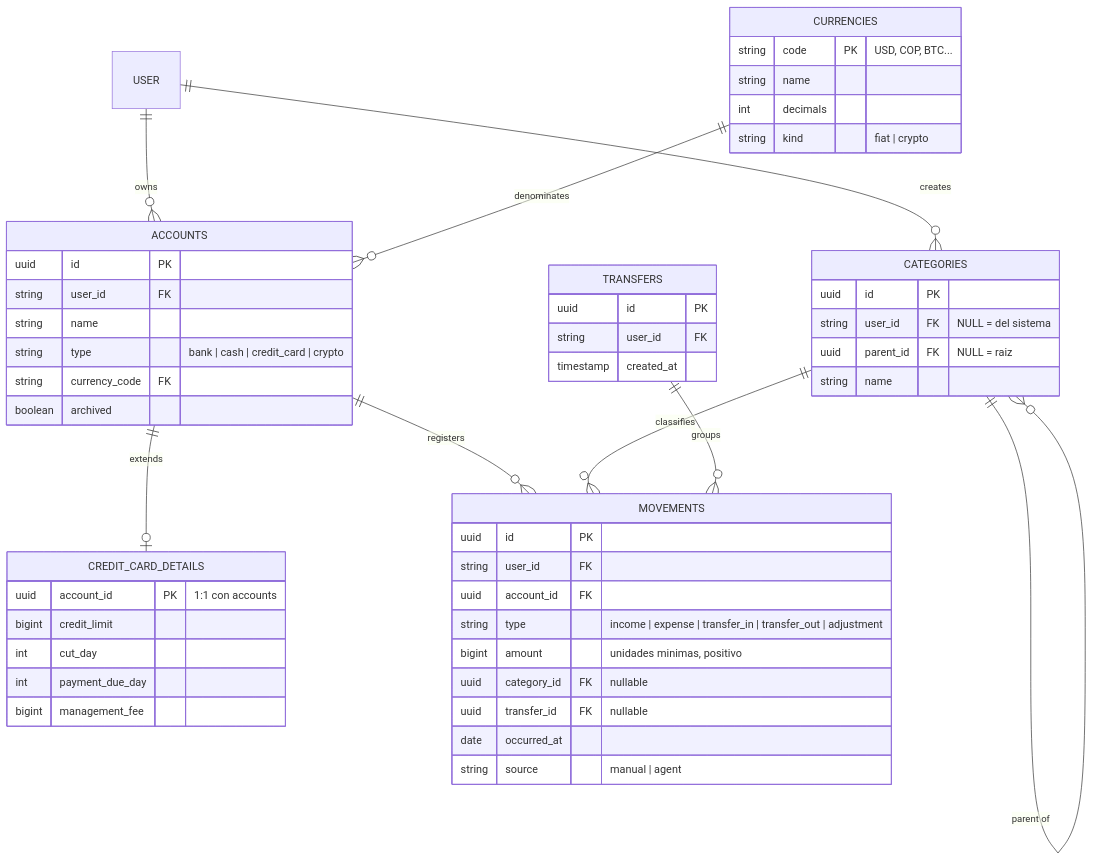
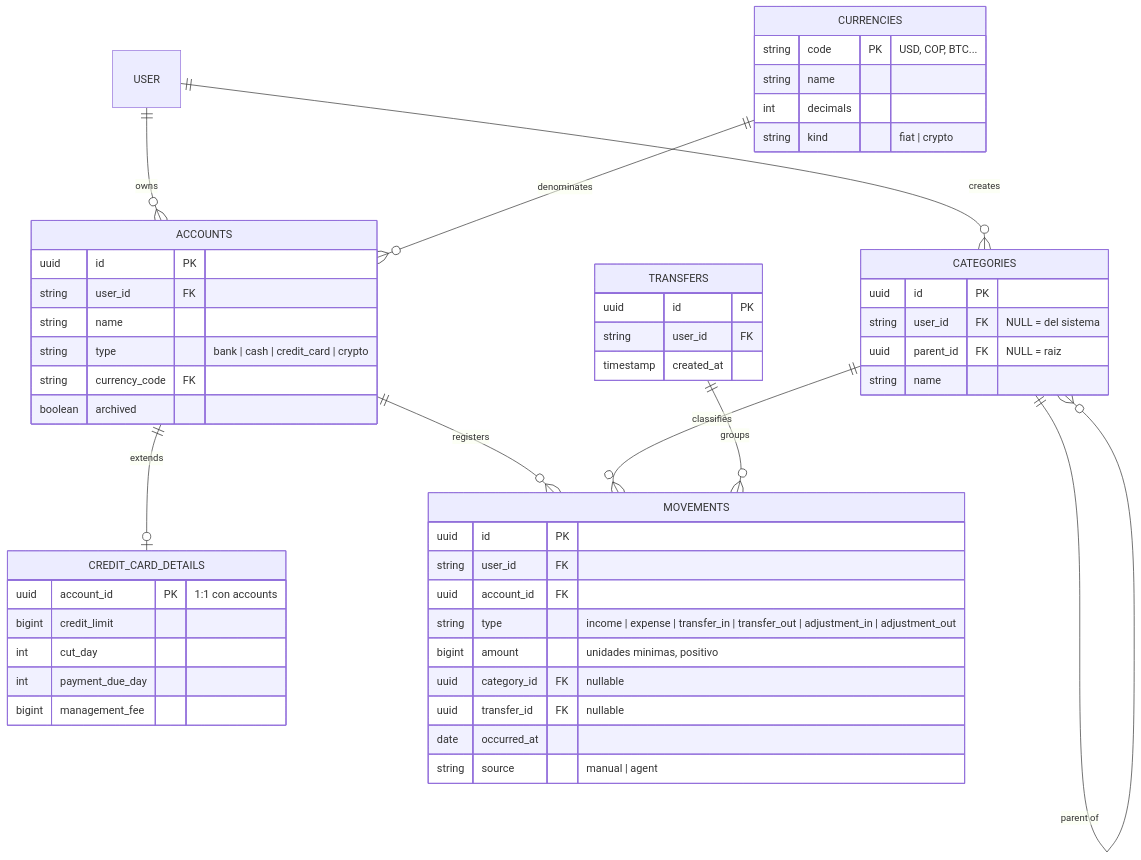
One commit to esrichardd/bot-finanzas changed the diagram in docs/DATABASE.md. Above: the diagram before and after it, drawn with Mermaid. The commit also changed other lines of this file and 1 other file, not shown here.

````diff
--- a/docs/DATABASE.md
+++ b/docs/DATABASE.md
@@ -63,54 +63,54 @@
 ```mermaid
 erDiagram
   USER ||--o{ ACCOUNTS : owns
   USER ||--o{ CATEGORIES : creates
   CURRENCIES ||--o{ ACCOUNTS : denominates
   ACCOUNTS ||--o| CREDIT_CARD_DETAILS : extends
   ACCOUNTS ||--o{ MOVEMENTS : registers
   CATEGORIES ||--o{ MOVEMENTS : classifies
   CATEGORIES ||--o{ CATEGORIES : "parent of"
   TRANSFERS ||--o{ MOVEMENTS : groups
   CURRENCIES {
     string code PK "USD, COP, BTC..."
     string name
     int decimals
     string kind "fiat | crypto"
   }
   ACCOUNTS {
     uuid id PK
     string user_id FK
     string name
     string type "bank | cash | credit_card | crypto"
     string currency_code FK
     boolean archived
   }
   CREDIT_CARD_DETAILS {
     uuid account_id PK "1:1 con accounts"
     bigint credit_limit
     int cut_day
     int payment_due_day
     bigint management_fee
   }
   CATEGORIES {
     uuid id PK
     string user_id FK "NULL = del sistema"
     uuid parent_id FK "NULL = raiz"
     string name
   }
   MOVEMENTS {
     uuid id PK
     string user_id FK
     uuid account_id FK
-    string type "income | expense | transfer_in | transfer_out | adjustment"
+    string type "income | expense | transfer_in | transfer_out | adjustment_in | adjustment_out"
     bigint amount "unidades minimas, positivo"
     uuid category_id FK "nullable"
     uuid transfer_id FK "nullable"
     date occurred_at
     string source "manual | agent"
   }
   TRANSFERS {
     uuid id PK
     string user_id FK
     timestamp created_at
   }
 ```
````
